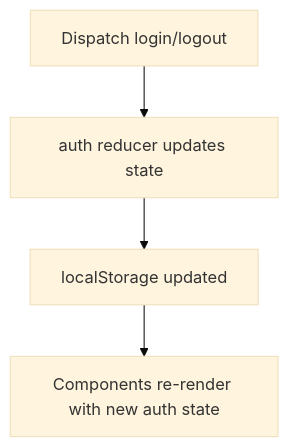
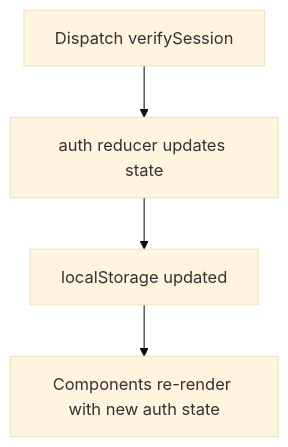
One commit to Aryan9060/Timetable-Project changed the fourth of 10 diagrams in .qoder/repowiki/en/content/State Management/Redux Store Configuration.md. Above: the diagram before and after it, drawn with Mermaid (base theme). The commit also changed other lines of this file and 8 other files, not shown here.

````diff
--- a/.qoder/repowiki/en/content/State Management/Redux Store Configuration.md
+++ b/.qoder/repowiki/en/content/State Management/Redux Store Configuration.md
@@ -142,6 +174,6 @@
 ```mermaid
 flowchart TD
-Dispatch["Dispatch login/logout"] --> Reduce["auth reducer updates state"]
+Dispatch["Dispatch verifySession"] --> Reduce["auth reducer updates state"]
 Reduce --> Persist["localStorage updated"]
 Persist --> NextRender["Components re-render with new auth state"]
 ```
````
